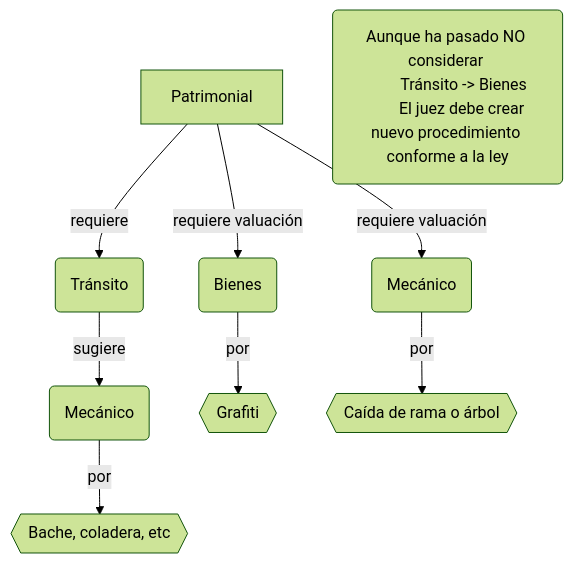
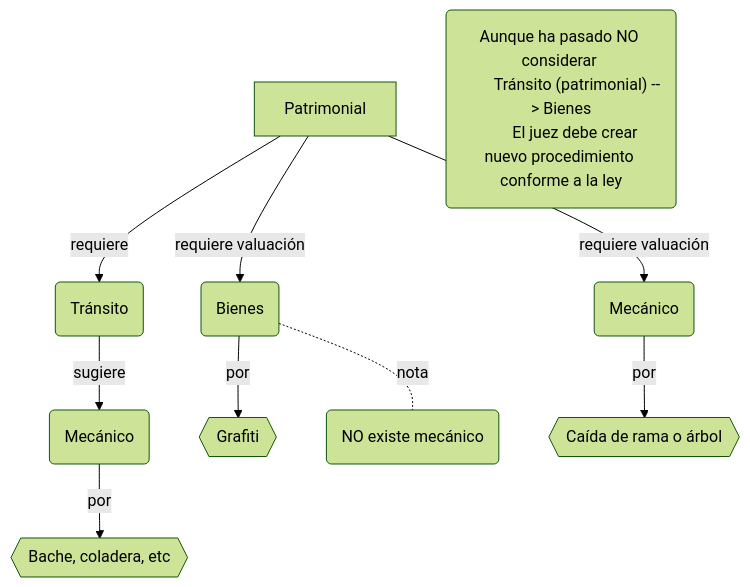
The diagram in logica/discusion_propuesta.md (CMXCSP/SiCoIn-documentation), drawn with Mermaid (forest theme) before and after one commit. The commit also changed 1 other file, not shown here.

Commit message:
correccion de diagrama

````diff
--- a/logica/discusion_propuesta.md
+++ b/logica/discusion_propuesta.md
@@ -39,18 +39,18 @@
 ```mermaid
 flowchart TB
 
     pm --por--> bc{{"Bache, coladera, etc"}}
     Patrimonial --requiere--> pt("Tránsito") -- sugiere --> pm("Mecánico")
 
-    Patrimonial --requiere valuación--> vb("Bienes") --por-->
-    vg{{"Grafiti"}}
-    vm("NO existe mecánico")
+    Patrimonial --requiere valuación--> vb("Bienes")
+    vb --por--> vg{{"Grafiti"}}
+    vb -.nota-.- vnm("NO existe mecánico")
 
     Patrimonial --requiere valuación--> vm("Mecánico") --por--> cra{{"Caída de rama o árbol"}}
 
     ptb("Aunque ha pasado NO considerar 
-        Tránsito -> Bienes
+        Tránsito (patrimonial) --> Bienes
         El juez debe crear nuevo procedimiento conforme a la ley") 
 
 
 ```
````
